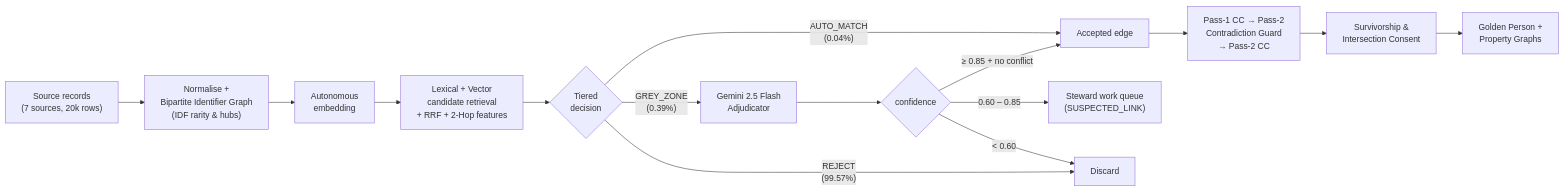
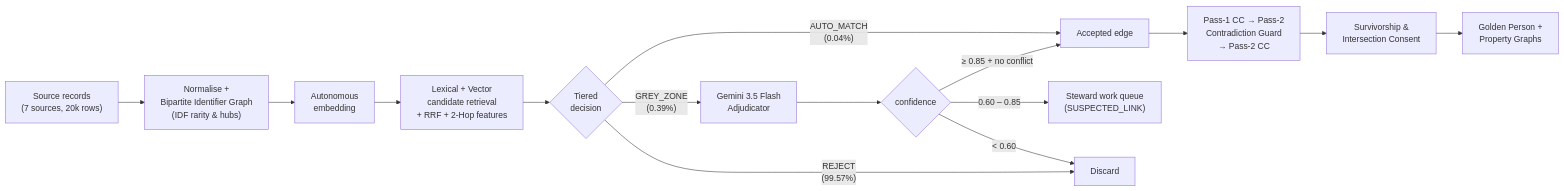
One commit to MattATurner/bigquery-cdp changed the second of 2 diagrams in ARCHITECTURE.md. Above: the diagram before and after it, drawn with Mermaid. The commit also changed other lines of this file and 25 other files, not shown here.

````diff
--- a/ARCHITECTURE.md
+++ b/ARCHITECTURE.md
@@ -92,17 +92,17 @@
 ```mermaid
 flowchart LR
     S1["Source records<br/>(7 sources, 20k rows)"] --> S2["Normalise +<br/>Bipartite Identifier Graph<br/>(IDF rarity & hubs)"]
     S2 --> S3["Autonomous<br/>embedding"]
     S3 --> S4["Lexical + Vector<br/>candidate retrieval<br/>+ RRF + 2-Hop features"]
     S4 --> S5{"Tiered<br/>decision"}
     S5 -->|"AUTO_MATCH<br/>(0.04%)"| S6["Accepted edge"]
-    S5 -->|"GREY_ZONE<br/>(0.39%)"| S7["Gemini 2.5 Flash<br/>Adjudicator"]
+    S5 -->|"GREY_ZONE<br/>(0.39%)"| S7["Gemini 3.5 Flash<br/>Adjudicator"]
     S5 -->|"REJECT<br/>(99.57%)"| S8["Discard"]
     S7 --> S9{"confidence"}
     S9 -->|"≥ 0.85 + no conflict"| S6
     S9 -->|"0.60 – 0.85"| S10["Steward work queue<br/>(SUSPECTED_LINK)"]
     S9 -->|"< 0.60"| S8
     S6 --> S11["Pass-1 CC → Pass-2<br/>Contradiction Guard<br/>→ Pass-2 CC"]
     S11 --> S12["Survivorship &<br/>Intersection Consent"]
     S12 --> S13["Golden Person +<br/>Property Graphs"]
 ```
````
